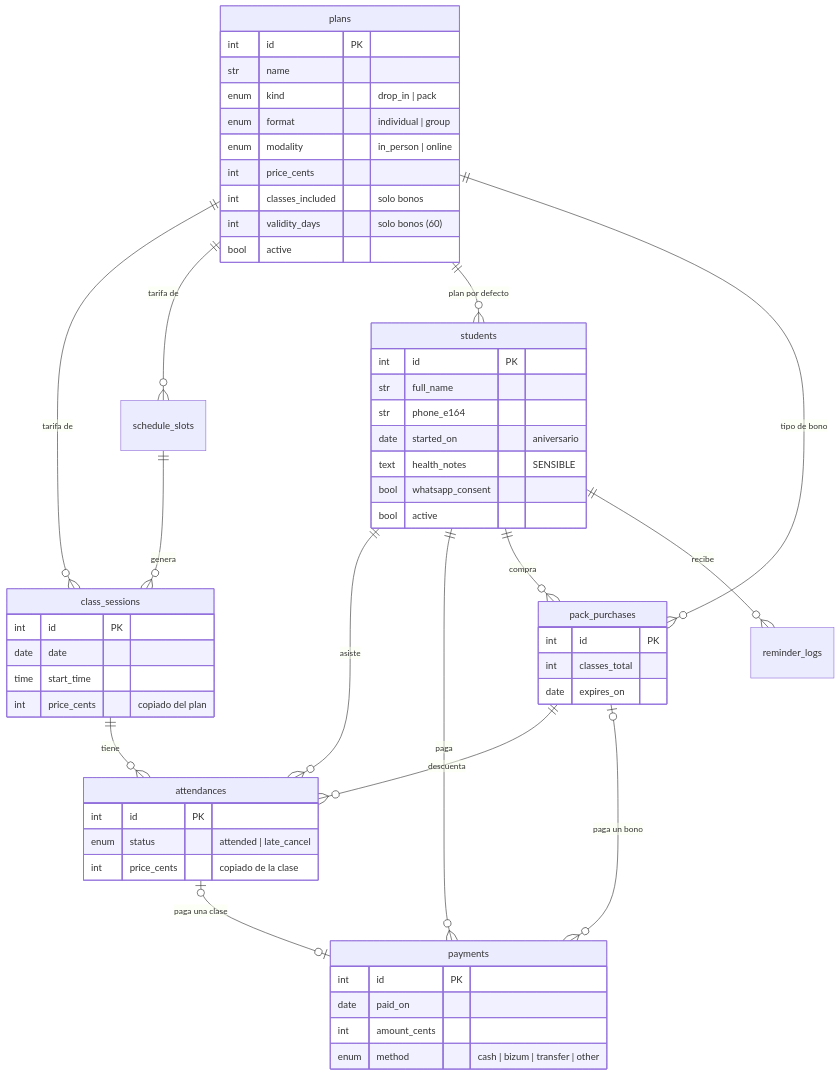
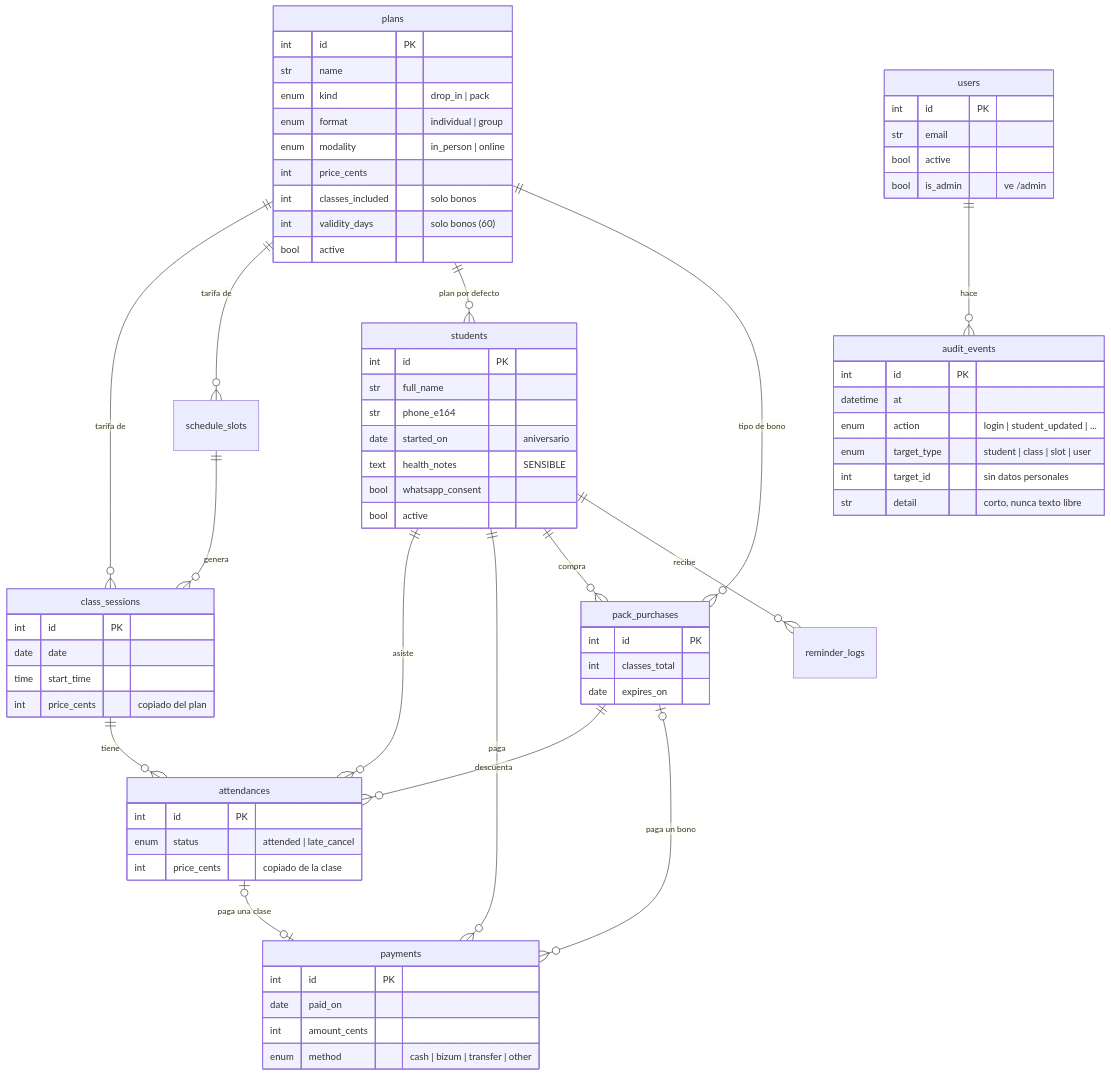
The diagram in docs/DATA_MODEL.md (baM-1/Katiu-Yoga), drawn with Mermaid before and after one commit. The commit also changed 14 other files, not shown here.

````diff
--- a/docs/DATA_MODEL.md
+++ b/docs/DATA_MODEL.md
@@ -3,59 +3,74 @@
 ```mermaid
 erDiagram
     plans ||--o{ class_sessions : "tarifa de"
     plans ||--o{ schedule_slots : "tarifa de"
     plans ||--o{ students : "plan por defecto"
     plans ||--o{ pack_purchases : "tipo de bono"
     schedule_slots ||--o{ class_sessions : "genera"
     students ||--o{ attendances : "asiste"
     class_sessions ||--o{ attendances : "tiene"
     students ||--o{ payments : "paga"
     students ||--o{ pack_purchases : "compra"
     pack_purchases ||--o{ attendances : "descuenta"
     attendances |o--o| payments : "paga una clase"
     pack_purchases |o--o{ payments : "paga un bono"
     students ||--o{ reminder_logs : "recibe"
+    users ||--o{ audit_events : "hace"
 
     plans {
         int id PK
         str name
         enum kind "drop_in | pack"
         enum format "individual | group"
         enum modality "in_person | online"
         int price_cents
         int classes_included "solo bonos"
         int validity_days "solo bonos (60)"
         bool active
     }
     students {
         int id PK
         str full_name
         str phone_e164
         date started_on "aniversario"
         text health_notes "SENSIBLE"
         bool whatsapp_consent
         bool active
     }
     class_sessions {
         int id PK
         date date
         time start_time
         int price_cents "copiado del plan"
     }
     attendances {
         int id PK
         enum status "attended | late_cancel"
         int price_cents "copiado de la clase"
     }
     payments {
         int id PK
         date paid_on
         int amount_cents
         enum method "cash | bizum | transfer | other"
     }
     pack_purchases {
         int id PK
         int classes_total
         date expires_on
     }
+    users {
+        int id PK
+        str email
+        bool active
+        bool is_admin "ve /admin"
+    }
+    audit_events {
+        int id PK
+        datetime at
+        enum action "login | student_updated | ..."
+        enum target_type "student | class | slot | user"
+        int target_id "sin datos personales"
+        str detail "corto, nunca texto libre"
+    }
 ```
````
